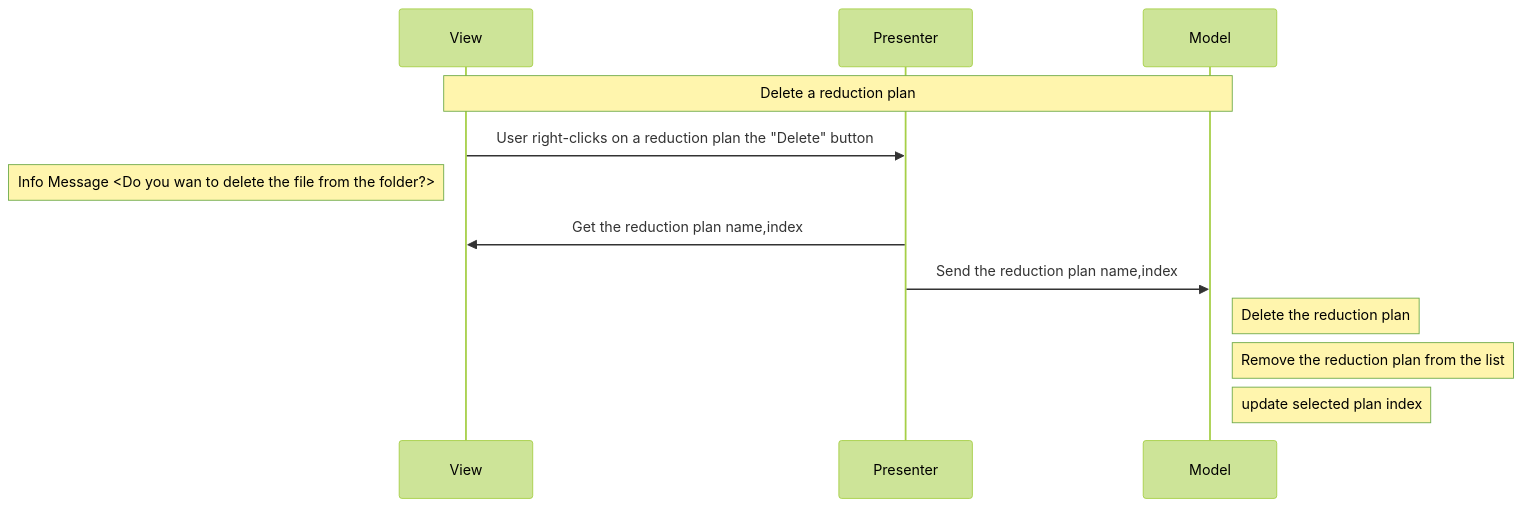
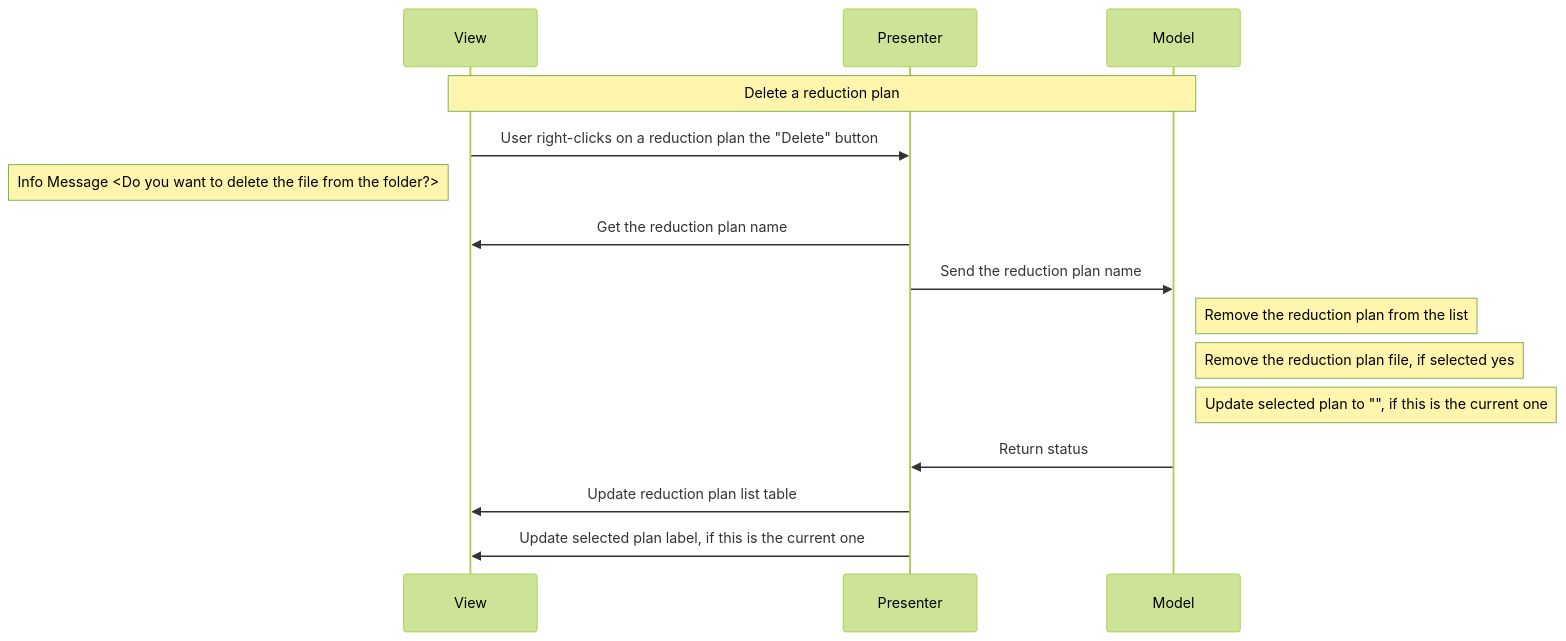
Diagram 12 of 14 in docs/source/design/reduction_plan_mvp.rst (neutrons/garnet), drawn with Mermaid (forest theme) before and after one commit. The commit also changed other lines of this file and 4 other files, not shown here.

```diff
--- a/docs/source/design/reduction_plan_mvp.rst
+++ b/docs/source/design/reduction_plan_mvp.rst
@@ -368,15 +461,18 @@
-.. mermaid::
+    .. mermaid::
 
-    sequenceDiagram
-        participant View
-        participant Presenter
-        participant Model
+        sequenceDiagram
+            participant View
+            participant Presenter
+            participant Model
 
-        Note over View,Model: Delete a reduction plan
-        View->>Presenter: User right-clicks on a reduction plan the "Delete" button
-        Note left of View: Info Message <Do you wan to delete the file from the folder?>
-        Presenter->>View: Get the reduction plan name,index
-        Presenter->>Model: Send the reduction plan name,index
-        Note right of Model: Delete the reduction plan
-        Note right of Model: Remove the reduction plan from the list
-        Note right of Model: update selected plan index
+            Note over View,Model: Delete a reduction plan
+            View->>Presenter: User right-clicks on a reduction plan the "Delete" button
+            Note left of View: Info Message <Do you want to delete the file from the folder?>
+            Presenter->>View: Get the reduction plan name
+            Presenter->>Model: Send the reduction plan name
+            Note right of Model: Remove the reduction plan from the list
+            Note right of Model: Remove the reduction plan file, if selected yes
+            Note right of Model: Update selected plan to "", if this is the current one
+            Model->> Presenter: Return status
+            Presenter->>View: Update reduction plan list table
+            Presenter->> View: Update selected plan label, if this is the current one
```
